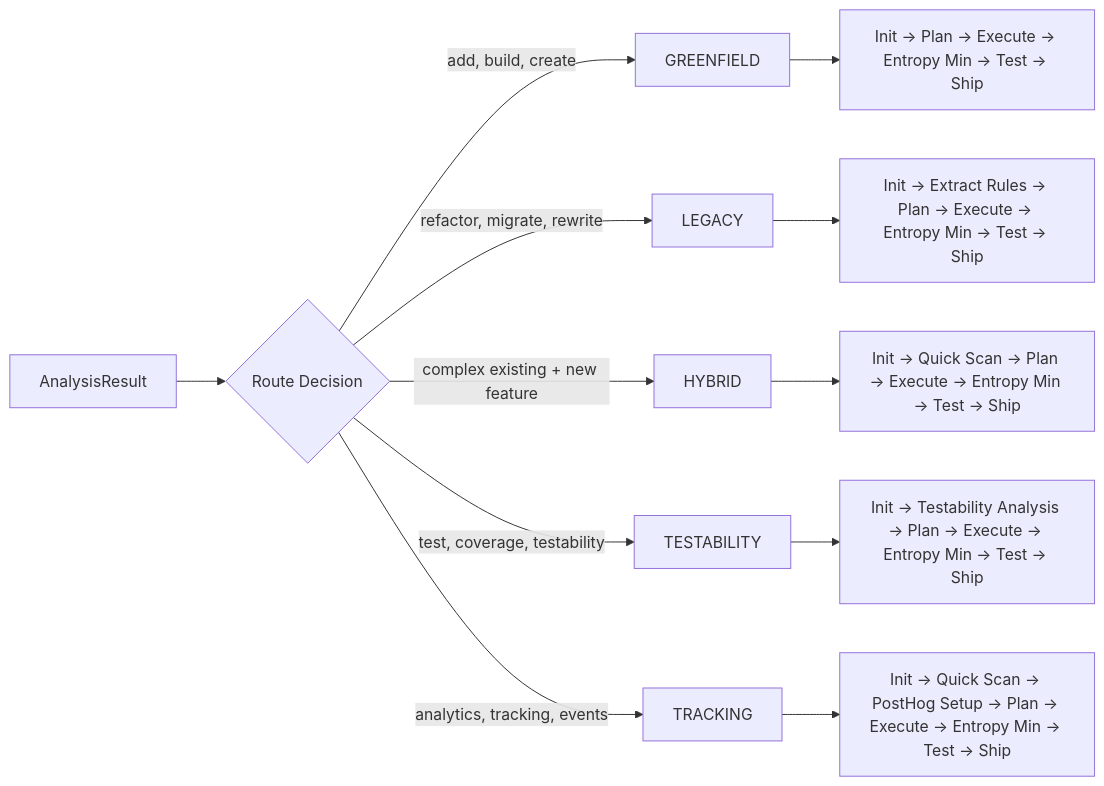
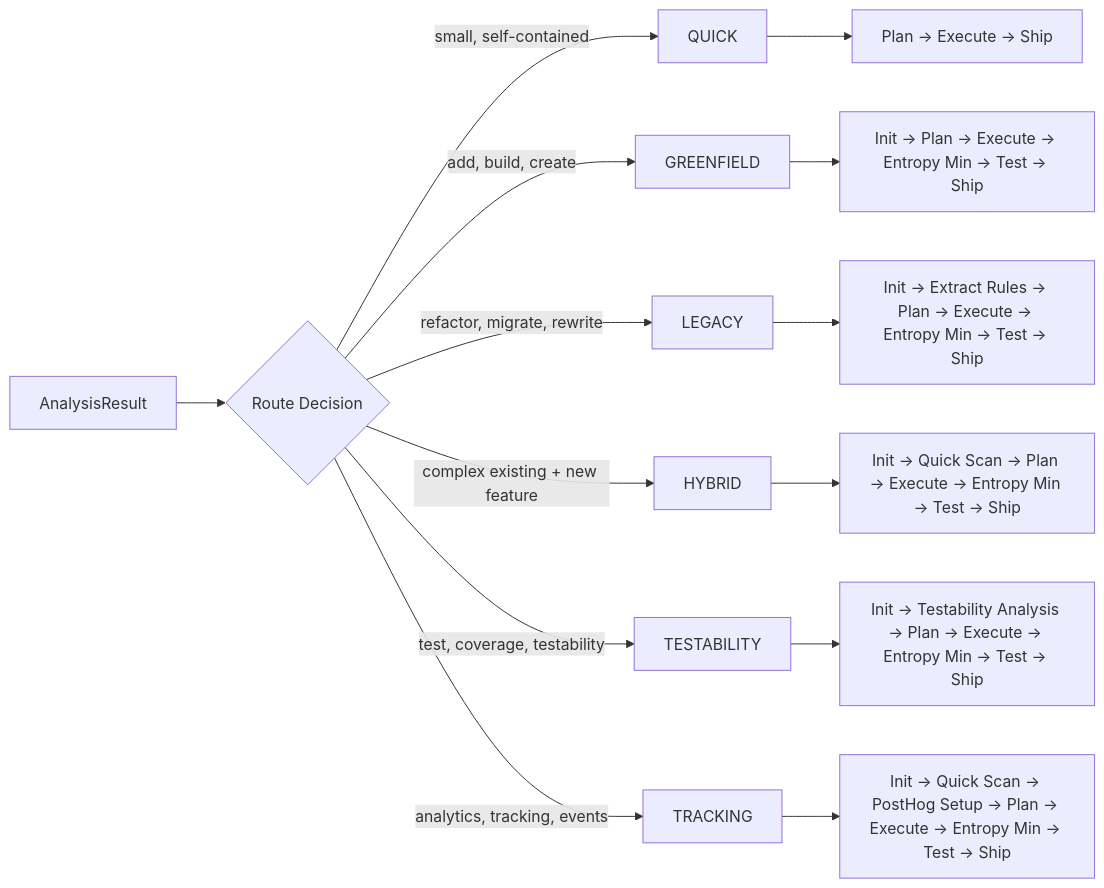
One commit to BIDEquity/outbid-dirigent changed the third of 7 diagrams in ARCHITECTURE.md. Above: the diagram before and after it, drawn with Mermaid. The commit also changed other lines of this file and 3 other files, not shown here.

````diff
--- a/ARCHITECTURE.md
+++ b/ARCHITECTURE.md
@@ -88,16 +88,18 @@
 ```mermaid
 flowchart LR
     A[AnalysisResult] --> D{Route Decision}
 
+    D -->|"small, self-contained"| Q["QUICK"]
     D -->|"add, build, create"| G["GREENFIELD"]
     D -->|"refactor, migrate, rewrite"| L["LEGACY"]
     D -->|"complex existing + new feature"| H["HYBRID"]
     D -->|"test, coverage, testability"| T["TESTABILITY"]
     D -->|"analytics, tracking, events"| K["TRACKING"]
 
+    Q --> Q1["Plan → Execute → Ship"]
     G --> G1["Init → Plan → Execute → Entropy Min → Test → Ship"]
     L --> L1["Init → Extract Rules → Plan → Execute → Entropy Min → Test → Ship"]
     H --> H1["Init → Quick Scan → Plan → Execute → Entropy Min → Test → Ship"]
     T --> T1["Init → Testability Analysis → Plan → Execute → Entropy Min → Test → Ship"]
     K --> K1["Init → Quick Scan → PostHog Setup → Plan → Execute → Entropy Min → Test → Ship"]
 ```
````
